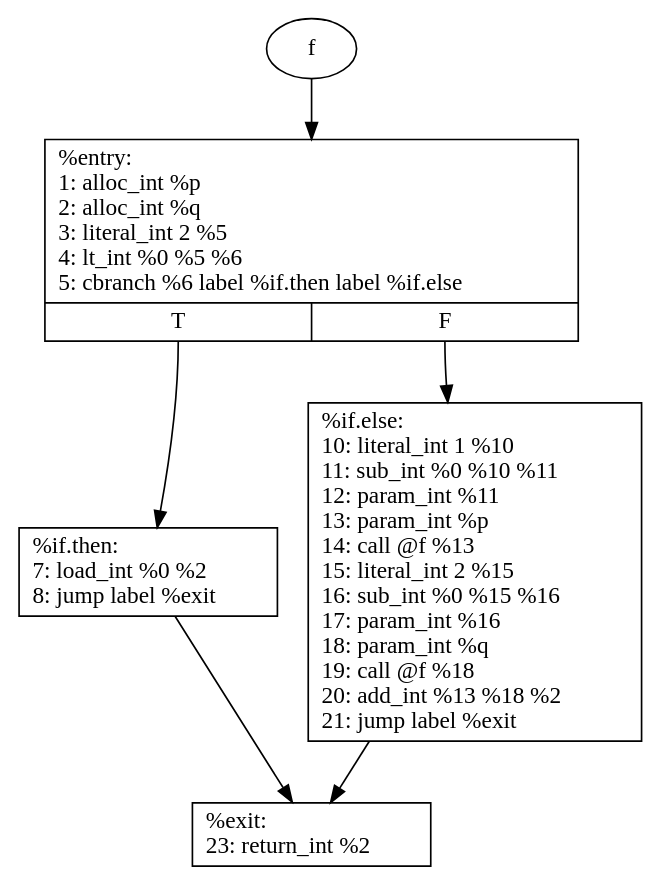
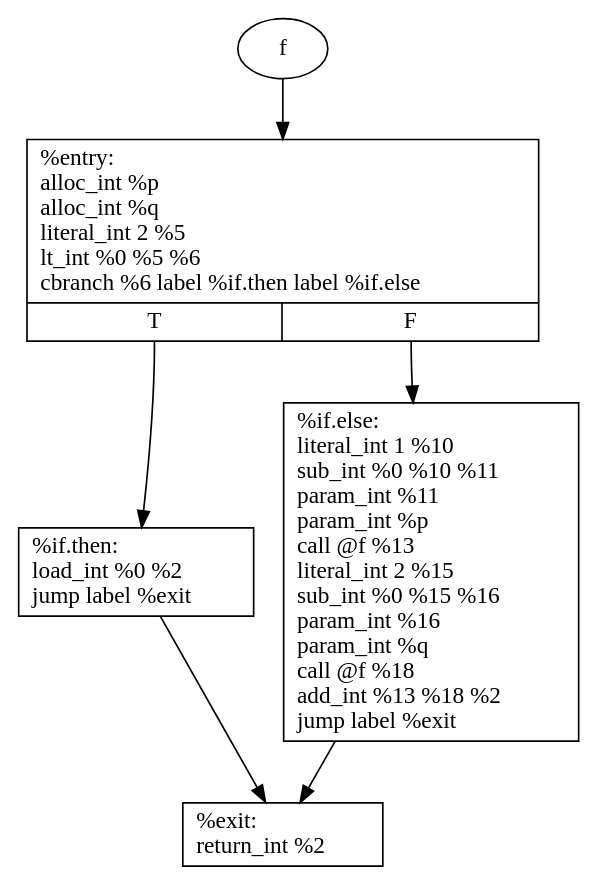
One commit to barddes/ply-python-compiler changed the diagram in f.gv. Above: the diagram before and after it, drawn with Graphviz. The commit also changed 9 other files, not shown here.

```diff
--- a/f.gv
+++ b/f.gv
@@ -1,13 +1,13 @@
 digraph g {
 	node [shape=record]
 	f [shape=ellipse]
 	f -> "%entry"
-	"%entry" [label="{%entry:\l	1:   alloc_int %p \l	2:   alloc_int %q \l	3:   literal_int 2 %5 \l	4:   lt_int %0 %5 %6 \l	5:   cbranch %6 label %if.then label %if.else\l	|{<f0>T|<f1>F}}"]
+	"%entry" [label="{%entry:\l	  alloc_int %p \l	  alloc_int %q \l	  literal_int 2 %5 \l	  lt_int %0 %5 %6 \l	  cbranch %6 label %if.then label %if.else\l	|{<f0>T|<f1>F}}"]
 	"%entry":f0 -> "%if.then"
 	"%entry":f1 -> "%if.else"
-	"%if.then" [label="{%if.then:\l	7:   load_int %0 %2 \l	8:   jump label %exit\l	}"]
+	"%if.then" [label="{%if.then:\l	  load_int %0 %2 \l	  jump label %exit\l	}"]
 	"%if.then" -> "%exit"
-	"%if.else" [label="{%if.else:\l	10:   literal_int 1 %10 \l	11:   sub_int %0 %10 %11 \l	12:   param_int %11 \l	13:   param_int %p \l	14:   call @f %13 \l	15:   literal_int 2 %15 \l	16:   sub_int %0 %15 %16 \l	17:   param_int %16 \l	18:   param_int %q \l	19:   call @f %18 \l	20:   add_int %13 %18 %2 \l	21:   jump label %exit\l	}"]
+	"%if.else" [label="{%if.else:\l	  literal_int 1 %10 \l	  sub_int %0 %10 %11 \l	  param_int %11 \l	  param_int %p \l	  call @f %13 \l	  literal_int 2 %15 \l	  sub_int %0 %15 %16 \l	  param_int %16 \l	  param_int %q \l	  call @f %18 \l	  add_int %13 %18 %2 \l	  jump label %exit\l	}"]
 	"%if.else" -> "%exit"
-	"%exit" [label="{%exit:\l	23:   return_int %2\l	}"]
+	"%exit" [label="{%exit:\l	  return_int %2\l	}"]
 }
```
